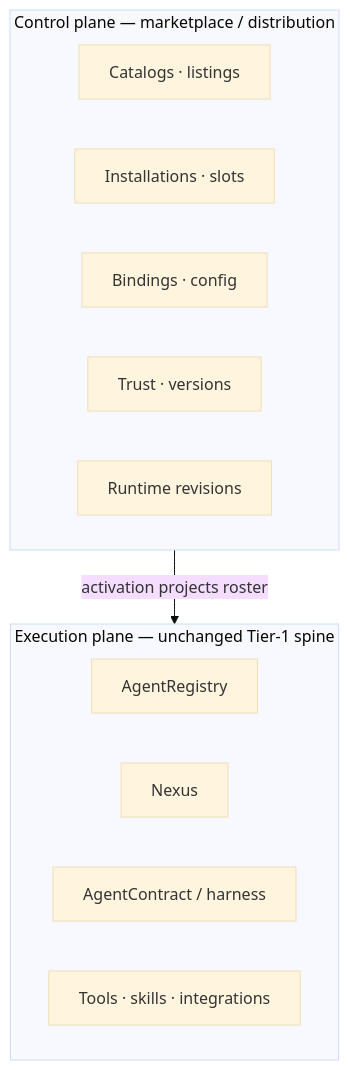
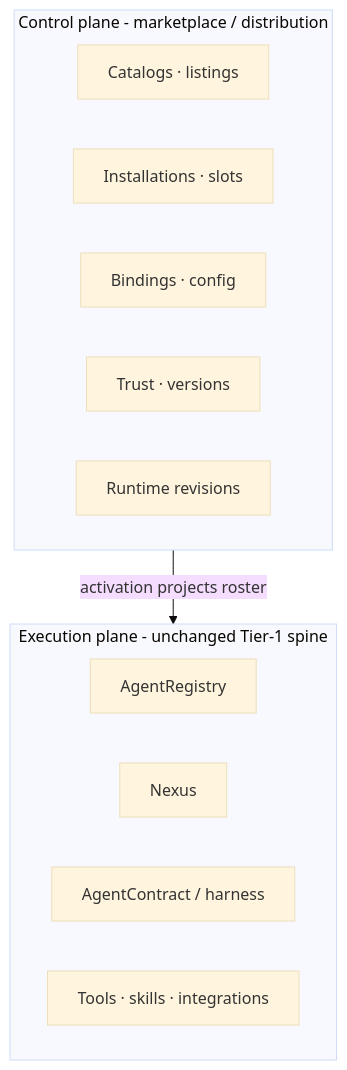
Diagram 18 of 24 in docs/project/overview/AGENT_MARKETPLACE.md (jakbuczarnecki/intergrax), drawn with Mermaid (base theme) before and after one commit. The commit also changed other lines of this file and 863 other files, not shown here.

````diff
--- a/docs/project/overview/AGENT_MARKETPLACE.md
+++ b/docs/project/overview/AGENT_MARKETPLACE.md
@@ -769,19 +769,19 @@
 ```mermaid
 flowchart TB
-    subgraph CP["Control plane — marketplace / distribution"]
+    subgraph CP["Control plane - marketplace / distribution"]
         CAT["Catalogs · listings"]
         INST["Installations · slots"]
         BIND["Bindings · config"]
         TR["Trust · versions"]
         REV["Runtime revisions"]
     end
 
-    subgraph EP["Execution plane — unchanged Tier-1 spine"]
+    subgraph EP["Execution plane - unchanged Tier-1 spine"]
         REG["AgentRegistry"]
         NEX["Nexus"]
         AC["AgentContract / harness"]
         TL["Tools · skills · integrations"]
     end
 
     CP -->|activation projects roster| EP
 ```
````
